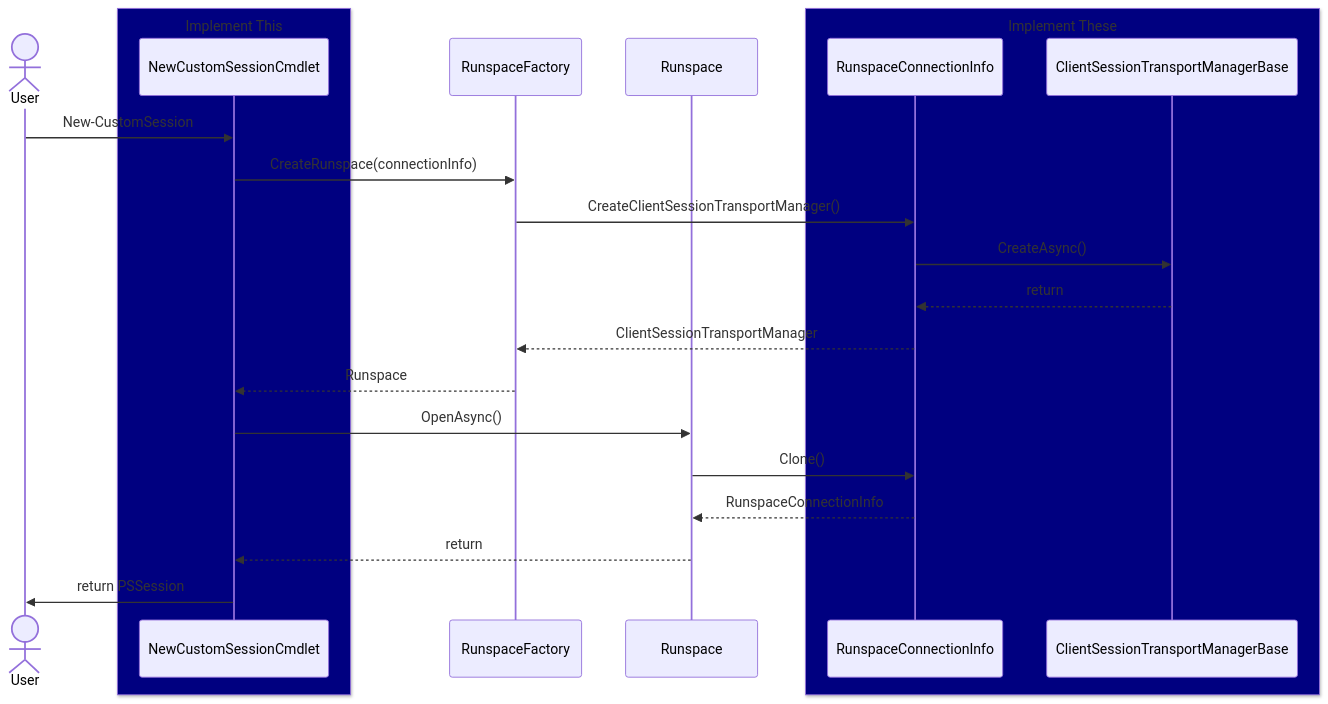
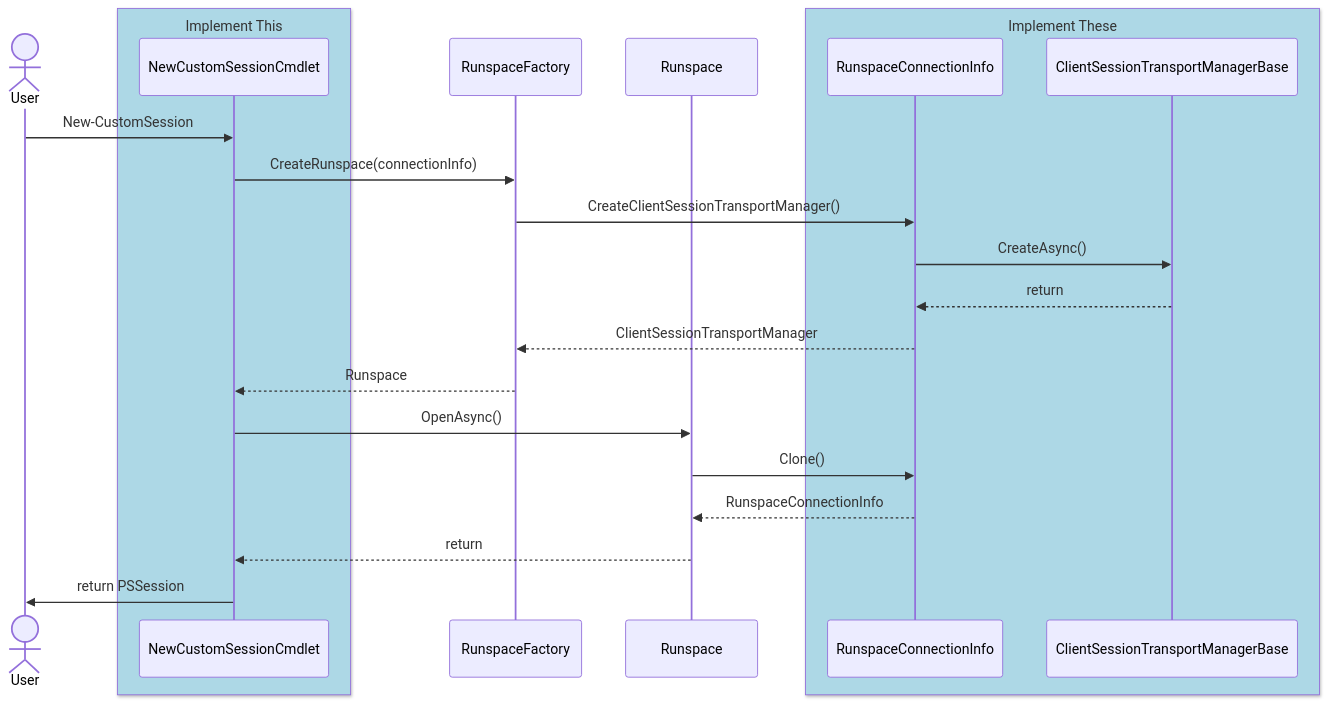
One commit to JustinGrote/PoshAnywhere changed the diagram in README.MD. Above: the diagram before and after it, drawn with Mermaid.

````diff
--- a/README.MD
+++ b/README.MD
@@ -47,25 +47,25 @@
 ```mermaid
 sequenceDiagram
   actor A as User
-  box Navy Implement This
+  box LightBlue Implement This
   participant C as NewCustomSessionCmdlet
   end
   participant F as RunspaceFactory
   participant R as Runspace
-  box Navy Implement These
+  box LightBlue Implement These
   participant I as RunspaceConnectionInfo
   participant T as ClientSessionTransportManagerBase
   end
   A->>C: New-CustomSession
   C->>F: CreateRunspace(connectionInfo)
   F->>I: CreateClientSessionTransportManager()
   I->>T: CreateAsync()
   T-->>I: return
   I-->>F: ClientSessionTransportManager
   F-->>C: Runspace
   C->>R: OpenAsync()
   R->>I: Clone()
   I-->>R: RunspaceConnectionInfo
   R-->>C: return
   C->>A: return PSSession
 ```
````
